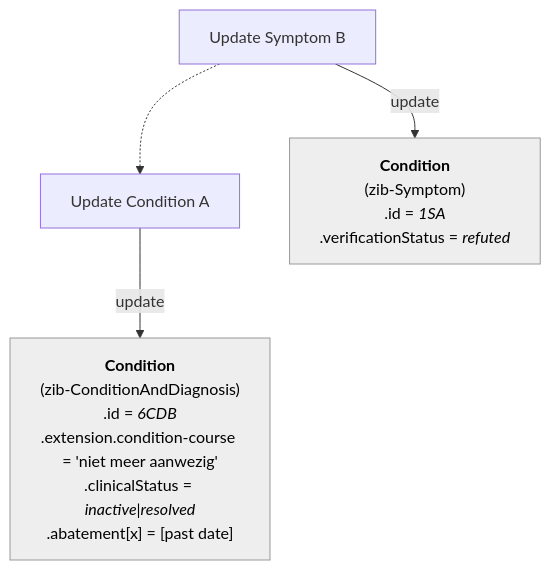
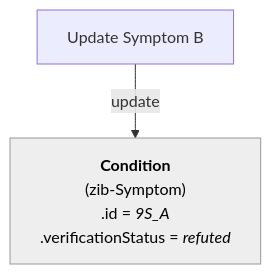
One commit to Nictiz/Nictiz-R4-zib2024 changed diagram 11 of 16 in documentation/Condition-Diagnosis-Symptom.md. Above: the diagram before and after it, drawn with Mermaid. The commit also changed other lines of this file, not shown here.

````diff
--- a/documentation/Condition-Diagnosis-Symptom.md
+++ b/documentation/Condition-Diagnosis-Symptom.md
@@ -390,32 +399,19 @@
 ```mermaid
 flowchart TB
 
 UpdateSymptom_A["`Update Symptom B`"]
-UpdateDiagnosis_B["`Update Condition A`"]
-
-UpdateSymptom_A -.-> UpdateDiagnosis_B
 
     S_A["`
         **Condition**
         (zib-Symptom)
-        .id = _1SA_
+        .id = _9S_A_
         .verificationStatus = _refuted_
         `"]    
-
-    CD_B["`
-        **Condition**
-        (zib-ConditionAndDiagnosis)
-        .id = _6CDB_
-        .extension.condition-course = 'niet meer aanwezig'
-        .clinicalStatus = _inactive_|_resolved_
-        .abatement[x] = [past date]
-        `"] 
    
     S_A:::Ash
-    CD_B:::Ash
+
     classDef Ash stroke-width:1px, stroke-dasharray:none, stroke:#999999, fill:#EEEEEE, color:#000000
 
 UpdateSymptom_A -- update --> S_A
-UpdateDiagnosis_B -- update --> CD_B
 
 ```
````
